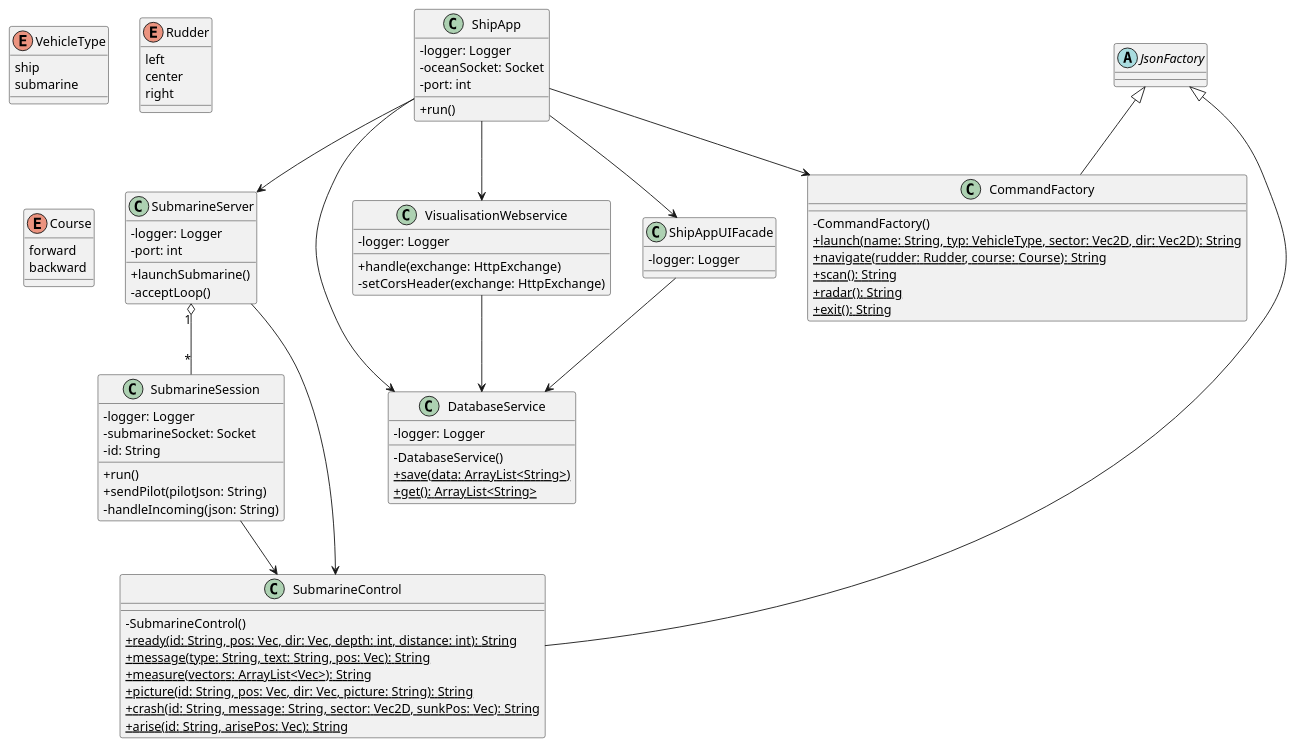
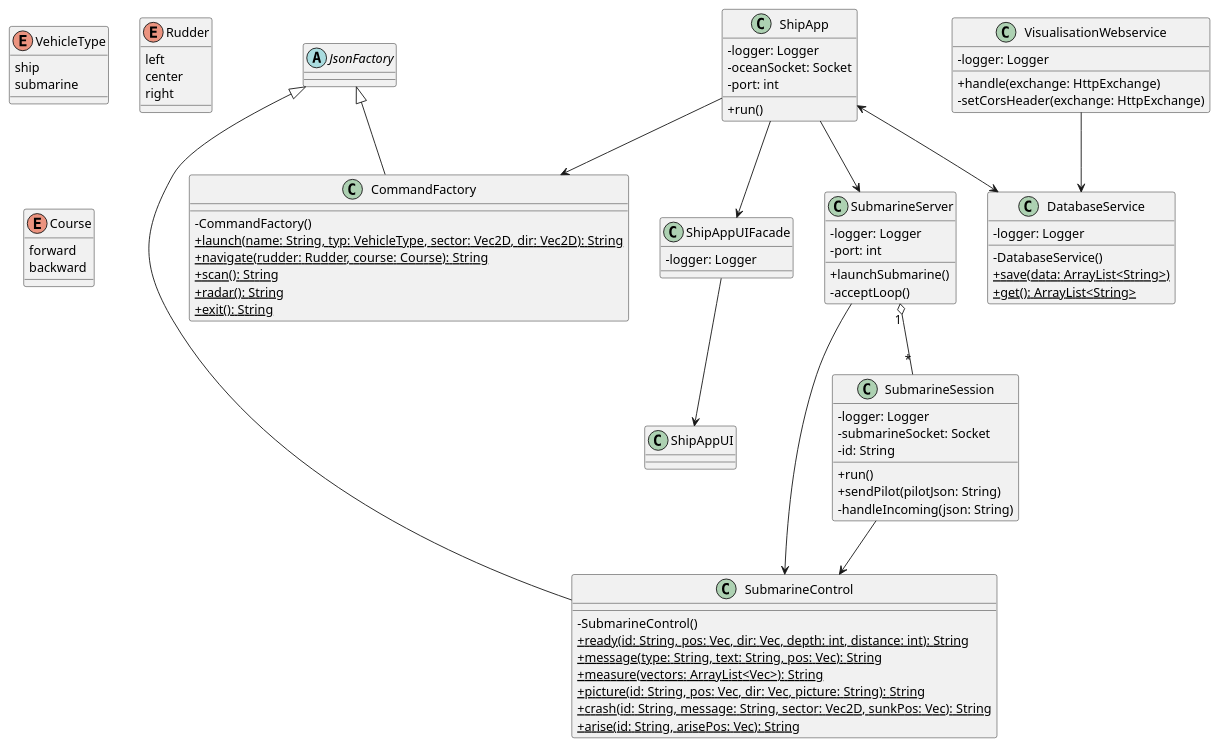
The diagram in docs/uml/shipApp_ClassDiagram.puml (KirioLerny/Schulprojekt-OceanExplorer), drawn with PlantUML before and after one commit.

Commit message:
Anpassung UML-Klassendiagramm

```diff
--- a/docs/uml/shipApp_ClassDiagram.puml
+++ b/docs/uml/shipApp_ClassDiagram.puml
@@ -1,101 +1,104 @@
 @startuml
 skinparam classAttributeIconSize 0
 
 
 class ShipApp {
     - logger: Logger
     - oceanSocket: Socket
     - port: int
     + run()
 }
 
 class SubmarineServer {
     - logger: Logger
     - port: int
     + launchSubmarine()
     - acceptLoop()
 }
 
 class SubmarineSession {
     - logger: Logger
     - submarineSocket: Socket
     - id: String
     + run()
     + sendPilot(pilotJson: String)
     - handleIncoming(json: String)
 }
 
 class DatabaseService {
     - logger: Logger
     - DatabaseService()
     {static} + save(data: ArrayList<String>)
     {static} + get(): ArrayList<String>
 }
 
 class VisualisationWebservice {
     - logger: Logger
     + handle(exchange: HttpExchange)
     - setCorsHeader(exchange: HttpExchange)
 }
 
 class ShipAppUIFacade {
     - logger: Logger
 }
 
 class SubmarineControl {
     - SubmarineControl()
     {static} + ready(id: String, pos: Vec, dir: Vec, depth: int, distance: int): String
     {static} + message(type: String, text: String, pos: Vec): String
     {static} + measure(vectors: ArrayList<Vec>): String
     {static} + picture(id: String, pos: Vec, dir: Vec, picture: String): String
     {static} + crash(id: String, message: String, sector: Vec2D, sunkPos: Vec): String
     {static} + arise(id: String, arisePos: Vec): String
 }
 
 class CommandFactory {
     - CommandFactory()
     {static} + launch(name: String, typ: VehicleType, sector: Vec2D, dir: Vec2D): String
     {static} + navigate(rudder: Rudder, course: Course): String
     {static} + scan(): String
     {static} + radar(): String
     {static} + exit(): String
 }
 
+class ShipAppUI {
+
+}
+
 
 abstract class JsonFactory
 
 
 enum VehicleType {
     ship
     submarine
 }
 
 enum Rudder {
     left
     center
     right
 }
 
 enum Course {
     forward
     backward
 }
 
 
 ShipApp --> CommandFactory
 ShipApp --> SubmarineServer
 ShipApp --> ShipAppUIFacade
-ShipApp --> VisualisationWebservice
-ShipApp --> DatabaseService
+ShipApp <--> DatabaseService
 
 JsonFactory <|-- CommandFactory
 JsonFactory <|-- SubmarineControl
 
 SubmarineServer "1" o-- "*" SubmarineSession
 SubmarineServer --> SubmarineControl
 SubmarineSession --> SubmarineControl
 
-ShipAppUIFacade --> DatabaseService
+ShipAppUIFacade --> ShipAppUI
 VisualisationWebservice --> DatabaseService
 
 @enduml
```
